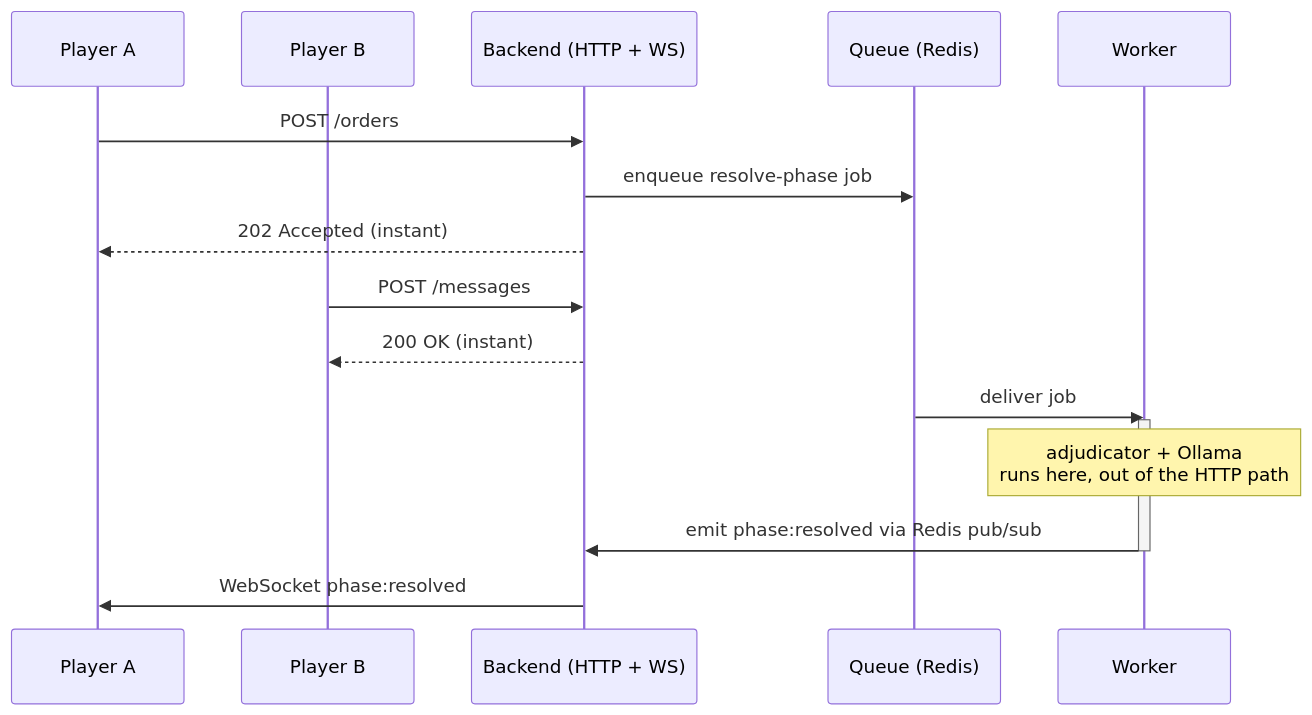
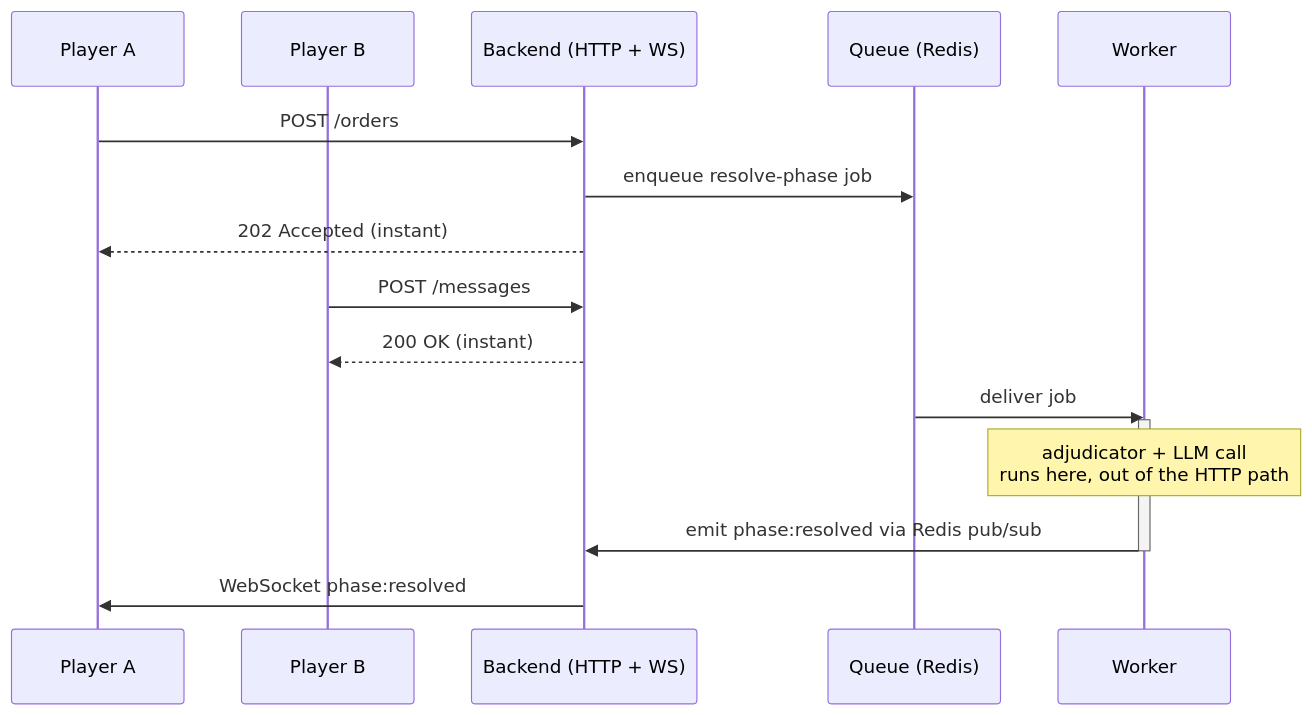
Before and after one commit to The-Diplomats/Diplomacy: the second of 18 diagrams in MilestoneSubmissions/DESIGN_DOC.md, drawn with Mermaid. The commit also changed other lines of this file and 9 other files, not shown here.

````diff
--- a/MilestoneSubmissions/DESIGN_DOC.md
+++ b/MilestoneSubmissions/DESIGN_DOC.md
@@ -49,19 +47,19 @@
 ```mermaid
 sequenceDiagram
     participant A as Player A
     participant B as Player B
     participant BE as Backend (HTTP + WS)
     participant Q as Queue (Redis)
     participant WK as Worker
     A->>BE: POST /orders
     BE->>Q: enqueue resolve-phase job
     BE-->>A: 202 Accepted (instant)
     B->>BE: POST /messages
     BE-->>B: 200 OK (instant)
     Q->>WK: deliver job
     activate WK
-    Note over WK: adjudicator + Ollama<br/>runs here, out of the HTTP path
+    Note over WK: adjudicator + LLM call<br/>runs here, out of the HTTP path
     WK->>BE: emit phase:resolved via Redis pub/sub
     deactivate WK
     BE->>A: WebSocket phase:resolved
 ```
````
